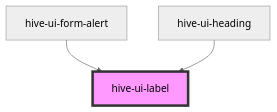
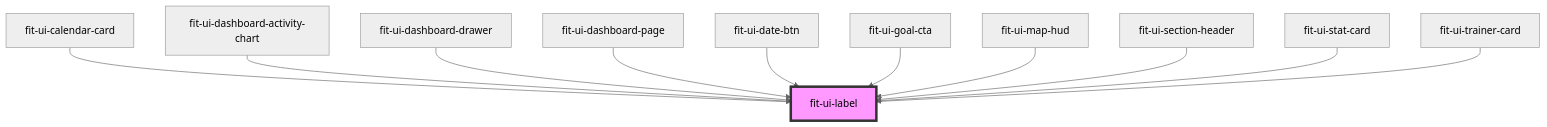
Before and after one commit to sean-perkins/fitness-dashboard-prototype: the diagram in libs/ui/src/components/typography/label/readme.md, drawn with Mermaid (neutral theme). The commit also changed other lines of this file and 187 other files, not shown here.

````diff
--- a/libs/ui/src/components/typography/label/readme.md
+++ b/libs/ui/src/components/typography/label/readme.md
@@ -39,6 +47,14 @@
 ```mermaid
 graph TD;
-  hive-ui-form-alert --> hive-ui-label
-  hive-ui-heading --> hive-ui-label
-  style hive-ui-label fill:#f9f,stroke:#333,stroke-width:4px
+  fit-ui-calendar-card --> fit-ui-label
+  fit-ui-dashboard-activity-chart --> fit-ui-label
+  fit-ui-dashboard-drawer --> fit-ui-label
+  fit-ui-dashboard-page --> fit-ui-label
+  fit-ui-date-btn --> fit-ui-label
+  fit-ui-goal-cta --> fit-ui-label
+  fit-ui-map-hud --> fit-ui-label
+  fit-ui-section-header --> fit-ui-label
+  fit-ui-stat-card --> fit-ui-label
+  fit-ui-trainer-card --> fit-ui-label
+  style fit-ui-label fill:#f9f,stroke:#333,stroke-width:4px
 ```
````
